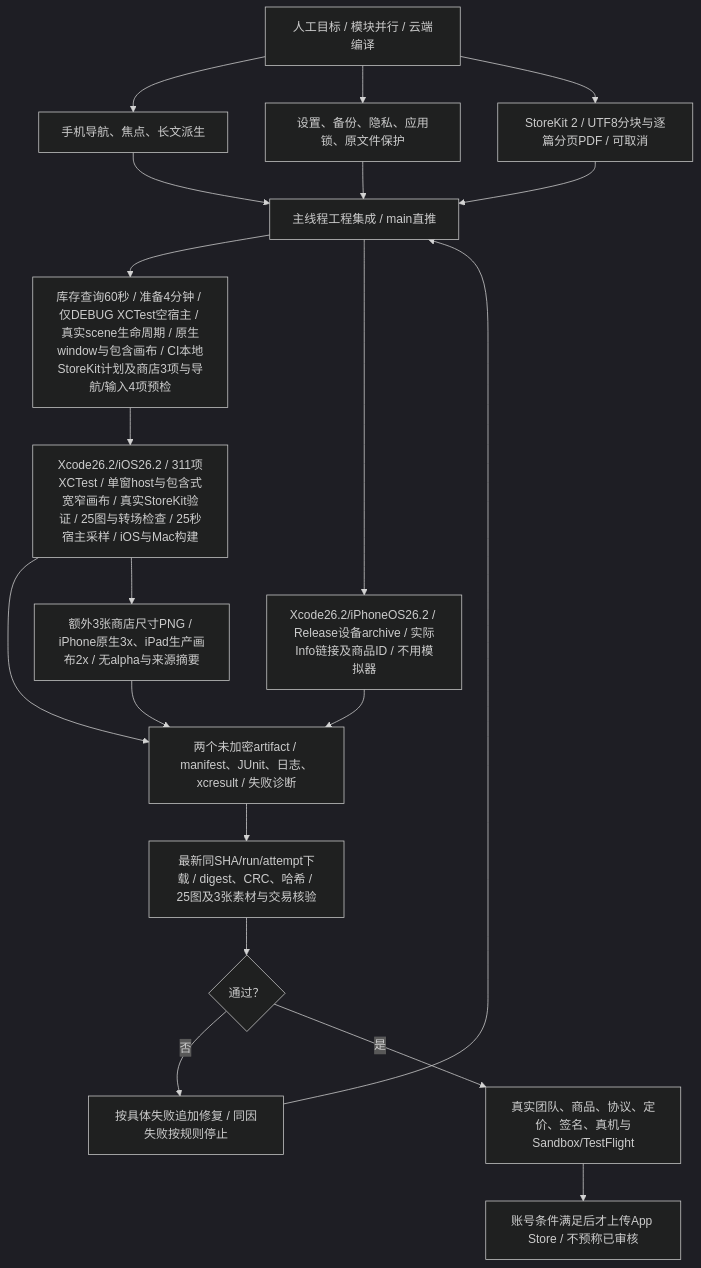
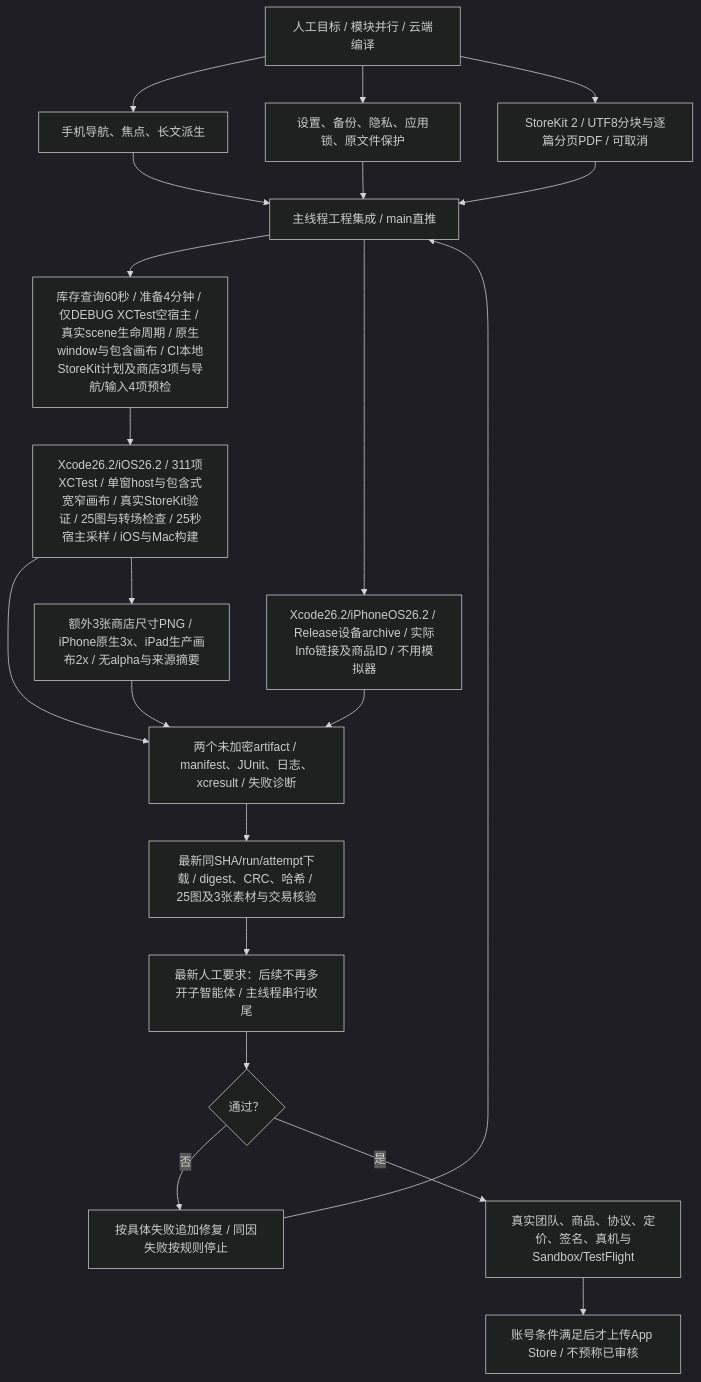
Before and after one commit to Altman-sam114/117: the fourth of 4 diagrams in md/flow/flowchart.md, drawn with Mermaid (dark theme). The commit also changed other lines of this file and 6 other files, not shown here.

````diff
--- a/md/flow/flowchart.md
+++ b/md/flow/flowchart.md
@@ -71,22 +71,23 @@
 ```mermaid
 flowchart TD
   User["人工目标 / 模块并行 / 云端编译"] --> Mobile["手机导航、焦点、长文派生"]
   User --> Safety["设置、备份、隐私、应用锁、原文件保护"]
   User --> Pro["StoreKit 2 / UTF8分块与逐篇分页PDF / 可取消"]
   Mobile --> Integrate["主线程工程集成 / main直推"]
   Safety --> Integrate
   Pro --> Integrate
   Integrate --> TestHost["库存查询60秒 / 准备4分钟 / 仅DEBUG XCTest空宿主 / 真实scene生命周期 / 原生window与包含画布 / CI本地StoreKit计划及商店3项与导航/输入4项预检"]
   TestHost --> Regression["Xcode26.2/iOS26.2 / 311项XCTest / 单窗host与包含式宽窄画布 / 真实StoreKit验证 / 25图与转场检查 / 25秒宿主采样 / iOS与Mac构建"]
   Integrate --> Archive["Xcode26.2/iPhoneOS26.2 / Release设备archive / 实际Info链接及商品ID / 不用模拟器"]
   Regression --> Results["两个未加密artifact / manifest、JUnit、日志、xcresult / 失败诊断"]
   Archive --> Results
   Regression --> StoreImages["额外3张商店尺寸PNG / iPhone原生3x、iPad生产画布2x / 无alpha与来源摘要"]
   StoreImages --> Results
   Results --> Review["最新同SHA/run/attempt下载 / digest、CRC、哈希 / 25图及3张素材与交易核验"]
-  Review --> Gate{"通过？"}
+  Review --> Serial["最新人工要求：后续不再多开子智能体 / 主线程串行收尾"]
+  Serial --> Gate{"通过？"}
   Gate -- "否" --> Fix["按具体失败追加修复 / 同因失败按规则停止"]
   Fix --> Integrate
   Gate -- "是" --> Account["真实团队、商品、协议、定价、签名、真机与Sandbox/TestFlight"]
   Account --> Upload["账号条件满足后才上传App Store / 不预称已审核"]
 ```
````
